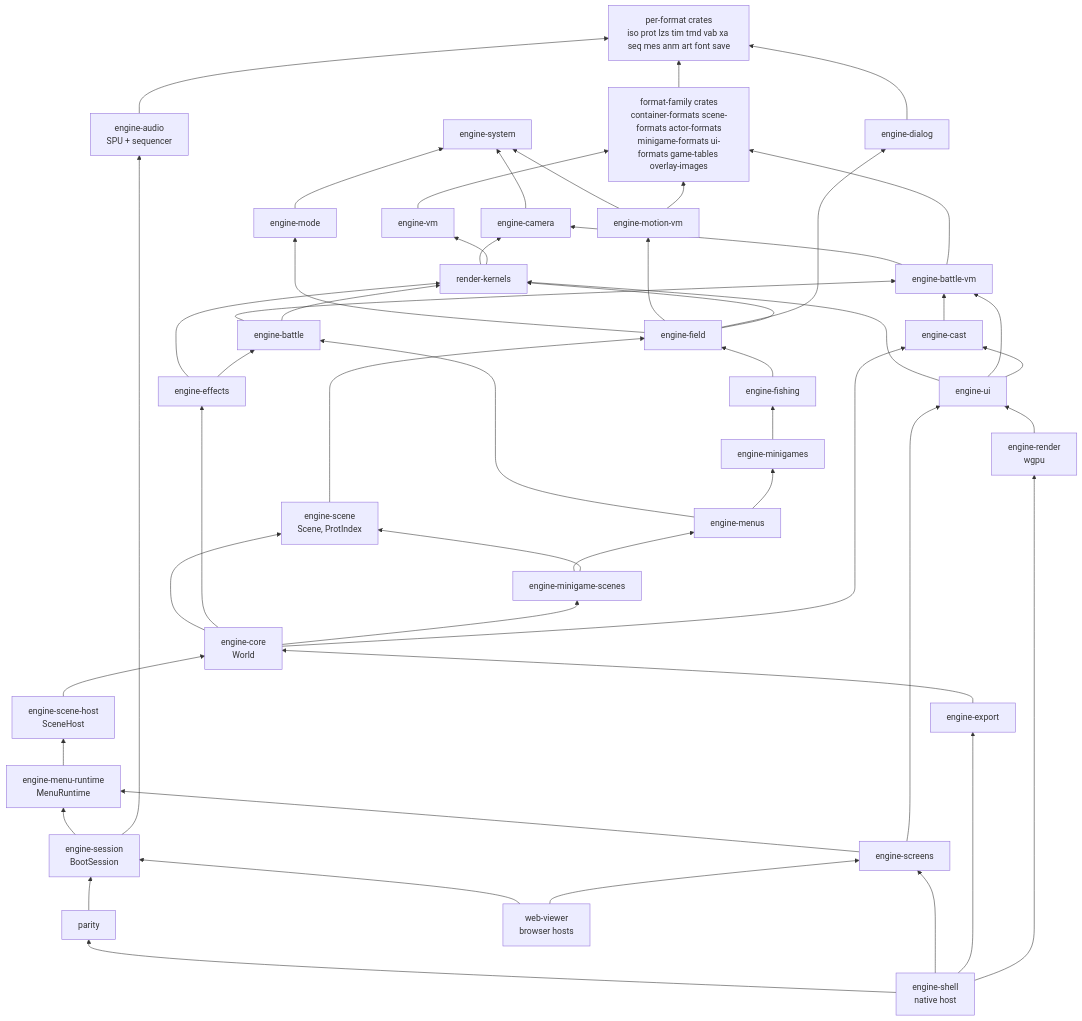
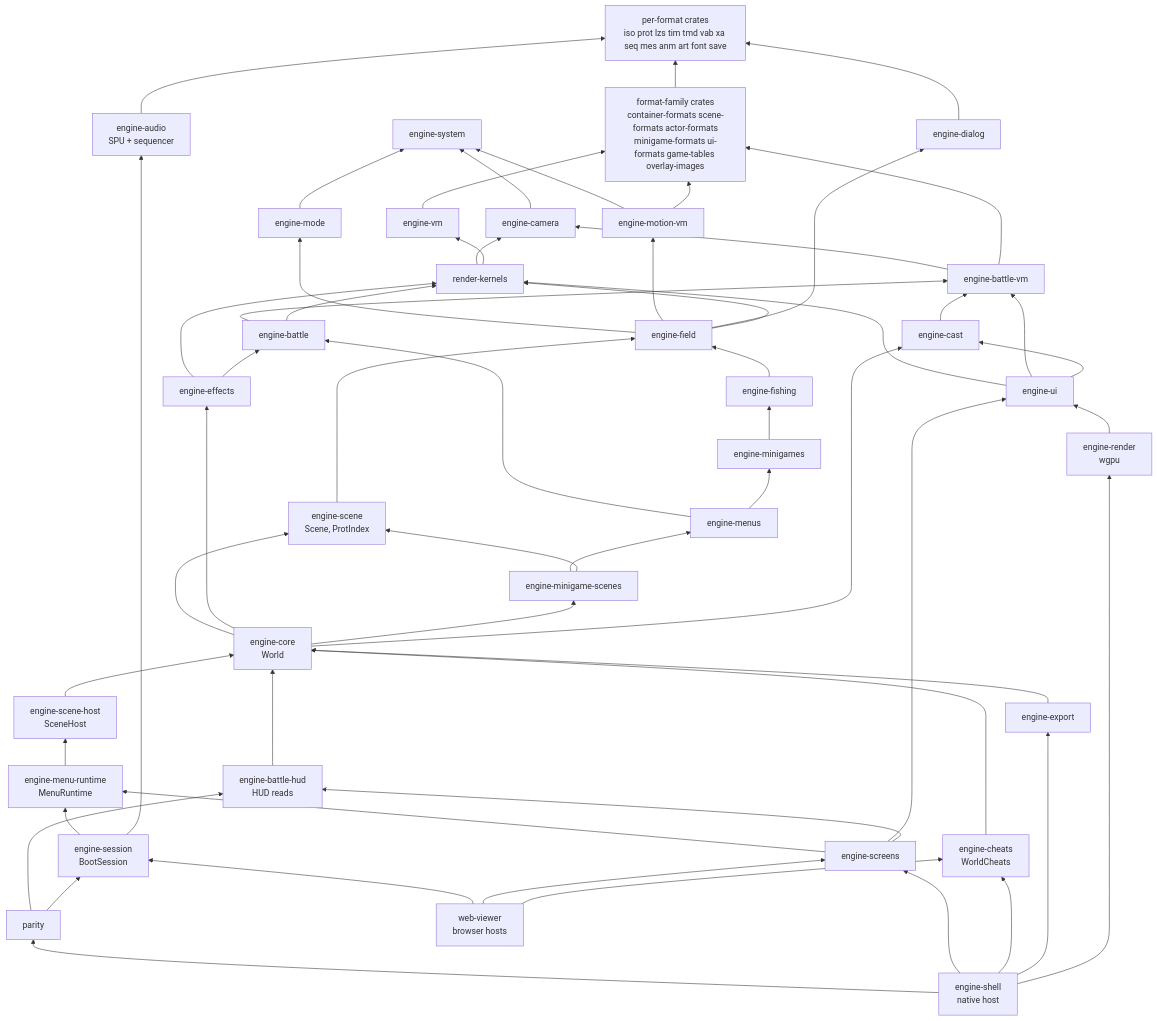
Before and after one commit to AndrewAltimit/legend-of-legaia-re: the first of 4 diagrams in docs/subsystems/engine.md, drawn with Mermaid. The commit also changed other lines of this file and 459 other files, not shown here.

````diff
--- a/docs/subsystems/engine.md
+++ b/docs/subsystems/engine.md
@@ -62,6 +64,8 @@
     CORE["engine-core<br/>World"]
     SH["engine-scene-host<br/>SceneHost"]
     MR["engine-menu-runtime<br/>MenuRuntime"]
+    BHUD["engine-battle-hud<br/>HUD reads"]
+    ECHT["engine-cheats<br/>WorldCheats"]
     EUI["engine-ui"]
     EREN["engine-render<br/>wgpu"]
     EAUD["engine-audio<br/>SPU + sequencer"]
@@ -110,16 +114,22 @@
     EAUD --> FMT
     SH --> CORE
     MR --> SH
+    BHUD --> CORE
+    ECHT --> CORE
     SESS --> MR
     SESS --> EAUD
     SCR --> MR
     SCR --> EUI
+    SCR --> BHUD
+    PAR --> BHUD
     PAR --> SESS
     SHELL --> PAR
     SHELL --> SCR
+    SHELL --> ECHT
     SHELL --> EXP
     EXP --> CORE
     SHELL --> EREN
     WEB --> SESS
     WEB --> SCR
+    WEB --> ECHT
 ```
````
